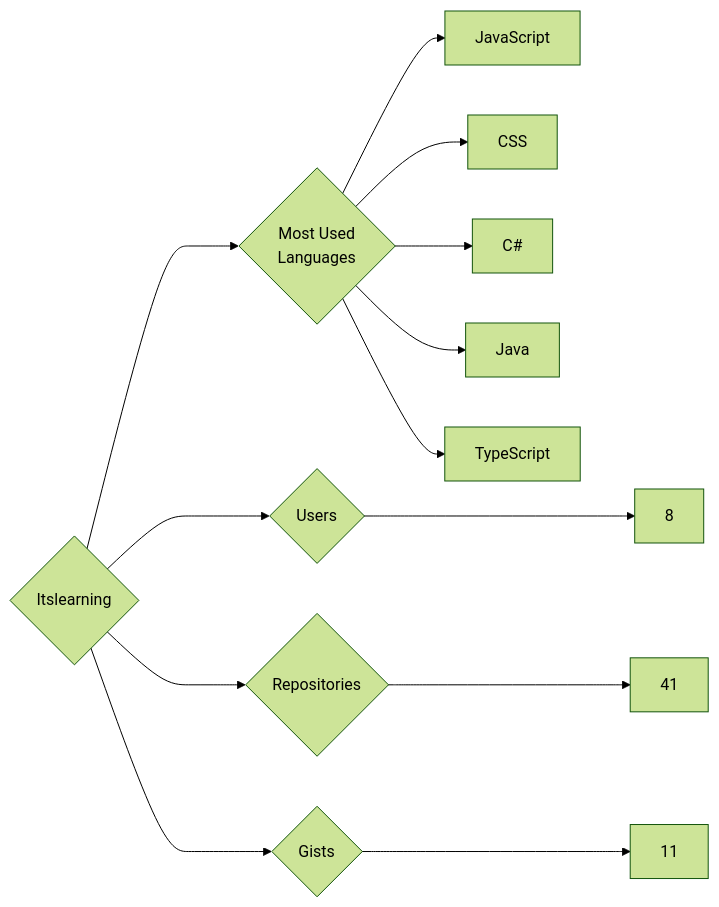
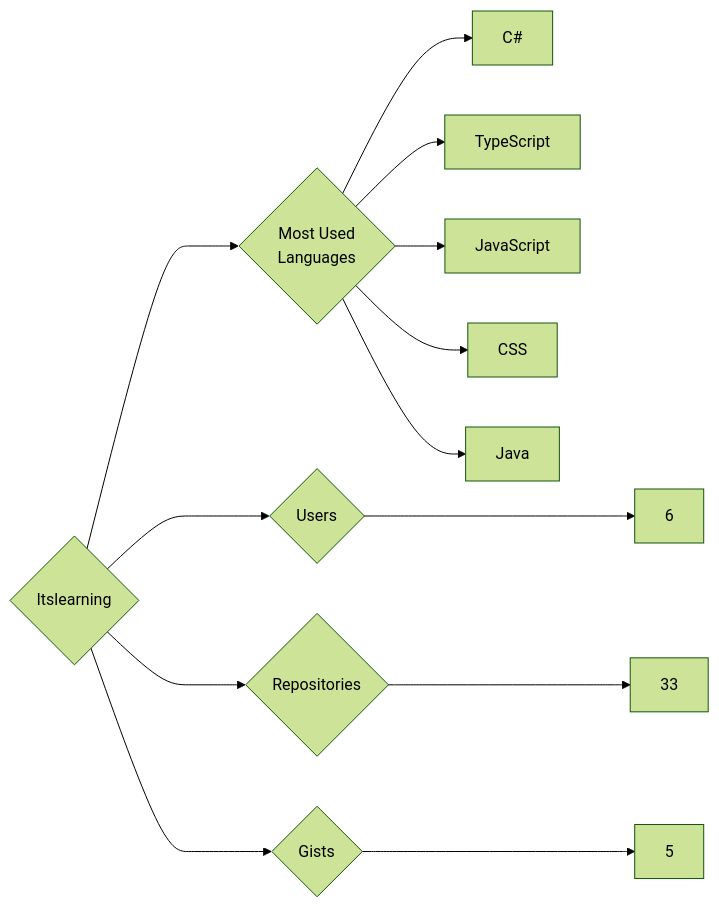
One commit to trickest/insiders changed the diagram in targets/Itslearning/README.md. Above: the diagram before and after it, drawn with Mermaid (forest theme). The commit also changed 1166 other files, not shown here.

````diff
--- a/targets/Itslearning/README.md
+++ b/targets/Itslearning/README.md
@@ -3,13 +3,13 @@
 ```mermaid
 graph LR
 COMPANY_NAME{Itslearning}
-COMPANY_NAME ---> U{Users} ---> UN[8]
-COMPANY_NAME ---> R{Repositories} ---> RN[41]
-COMPANY_NAME ---> G{Gists} ---> GN[11]
+COMPANY_NAME ---> U{Users} ---> UN[6]
+COMPANY_NAME ---> R{Repositories} ---> RN[33]
+COMPANY_NAME ---> G{Gists} ---> GN[5]
 COMPANY_NAME ---> ML{Most Used<br>Languages}
+ML --> C#[C#]
+ML --> TypeScript[TypeScript]
 ML --> JavaScript[JavaScript]
 ML --> CSS[CSS]
-ML --> C#[C#]
 ML --> Java[Java]
-ML --> TypeScript[TypeScript]
 ```
````
